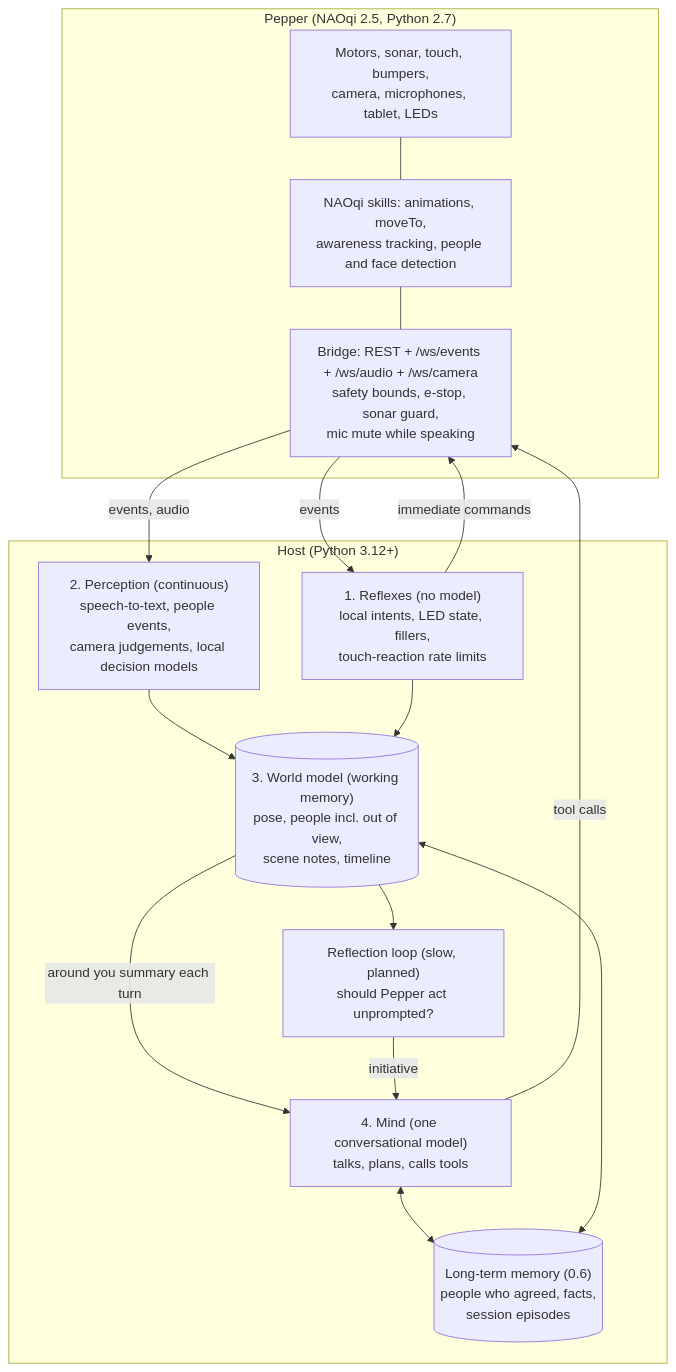
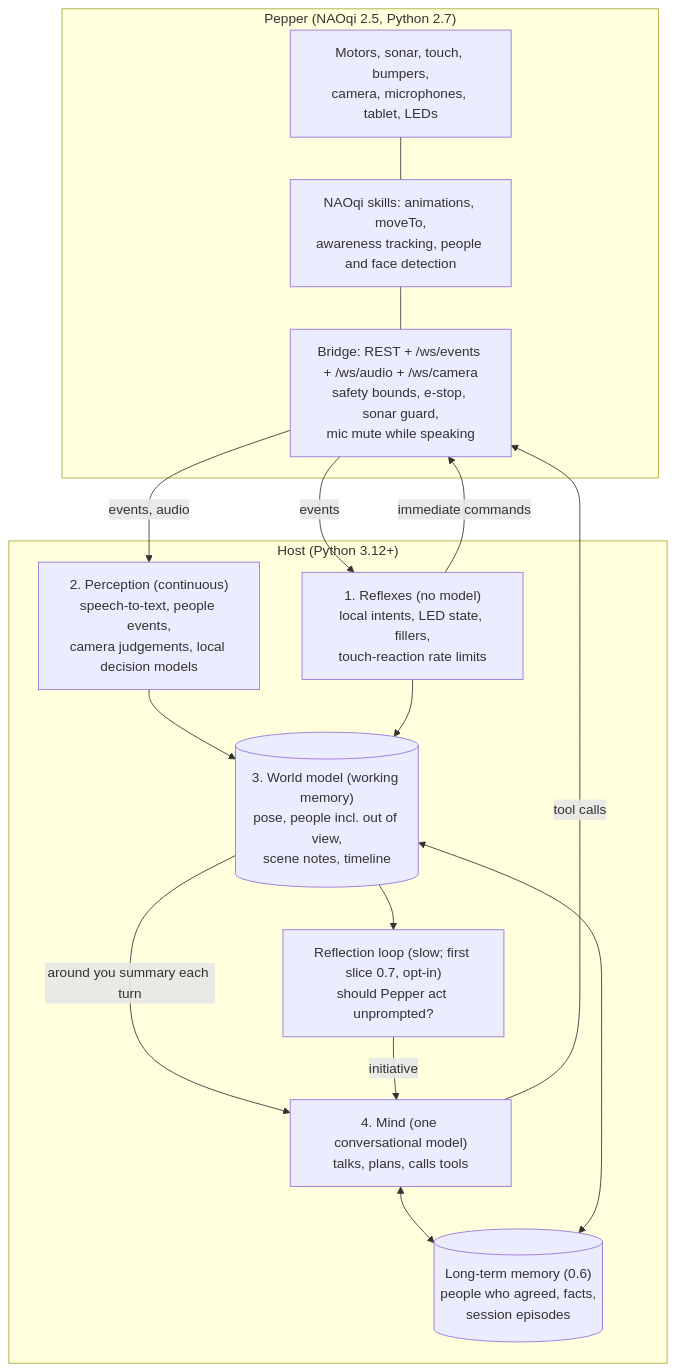
One commit to mfbergmann/PepperEvolution changed the diagram in docs/ARCHITECTURE.md. Above: the diagram before and after it, drawn with Mermaid. The commit also changed other lines of this file and 13 other files, not shown here.

````diff
--- a/docs/ARCHITECTURE.md
+++ b/docs/ARCHITECTURE.md
@@ -11,30 +11,30 @@
 ```mermaid
 flowchart TB
     subgraph Robot["Pepper (NAOqi 2.5, Python 2.7)"]
         HW["Motors, sonar, touch, bumpers,\ncamera, microphones, tablet, LEDs"]
         BR["Bridge: REST + /ws/events + /ws/audio + /ws/camera\nsafety bounds, e-stop, sonar guard,\nmic mute while speaking"]
         NQ["NAOqi skills: animations, moveTo,\nawareness tracking, people and face detection"]
         HW --- NQ --- BR
     end
 
     subgraph Host["Host (Python 3.12+)"]
         RX["1. Reflexes (no model)\nlocal intents, LED state, fillers,\ntouch-reaction rate limits"]
         PE["2. Perception (continuous)\nspeech-to-text, people events,\ncamera judgements, local decision models"]
         WM[("3. World model (working memory)\npose, people incl. out of view,\nscene notes, timeline")]
         MI["4. Mind (one conversational model)\ntalks, plans, calls tools"]
-        RF["Reflection loop (slow, planned)\nshould Pepper act unprompted?"]
+        RF["Reflection loop (slow; first slice 0.7, opt-in)\nshould Pepper act unprompted?"]
         ME[("Long-term memory (0.6)\npeople who agreed, facts,\nsession episodes")]
     end
 
     BR -- events, audio --> PE
     BR -- events --> RX
     PE --> WM
     RX --> WM
     WM -- "around you" summary each turn --> MI
     WM --> RF
     RF -- initiative --> MI
     MI -- tool calls --> BR
     RX -- immediate commands --> BR
     MI <--> ME
     WM <--> ME
 ```
````
